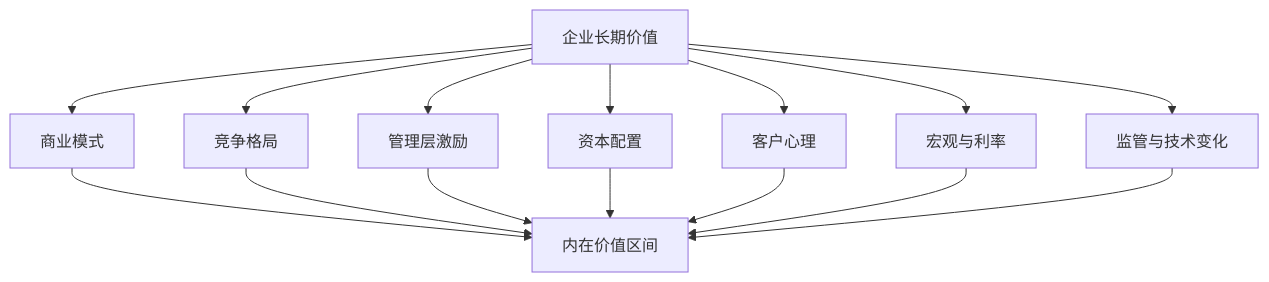
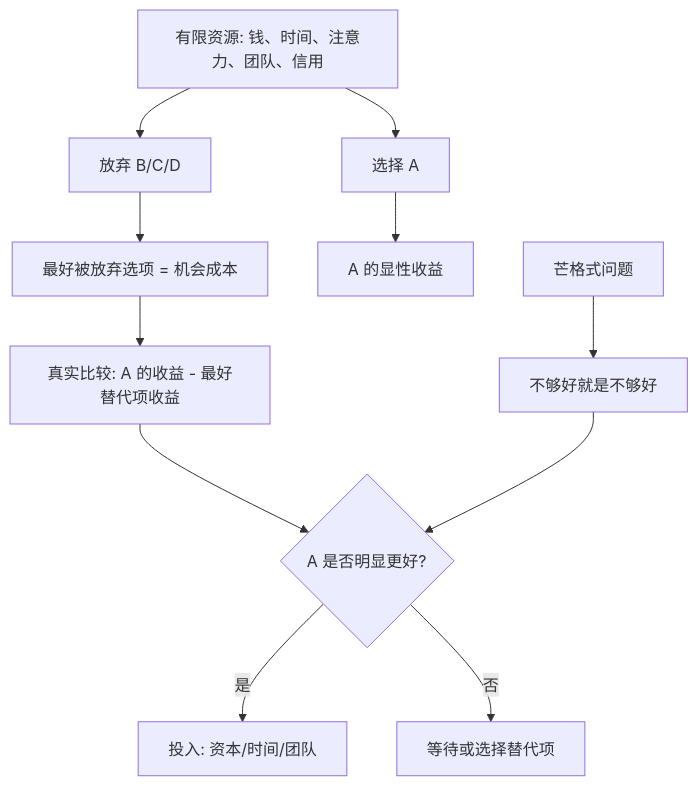
Before and after one commit to digoal/blog: the diagram in 202605/20260519_23.md, drawn with Mermaid. The commit also changed other lines of this file and 51 other files, not shown here.

````diff
--- a/202605/20260519_23.md
+++ b/202605/20260519_23.md
@@ -22,17 +22,13 @@
 ```mermaid
 flowchart TD
-  A["企业长期价值"] --> B["商业模式"]
-  A --> C["竞争格局"]
-  A --> D["管理层激励"]
-  A --> E["资本配置"]
-  A --> F["客户心理"]
-  A --> G["宏观与利率"]
-  A --> H["监管与技术变化"]
-  B --> I["内在价值区间"]
-  C --> I
-  D --> I
-  E --> I
-  F --> I
-  G --> I
-  H --> I
+  A["有限资源: 钱、时间、注意力、团队、信用"] --> B["选择 A"]
+  A --> C["放弃 B/C/D"]
+  C --> D["最好被放弃选项 = 机会成本"]
+  B --> E["A 的显性收益"]
+  D --> F["真实比较: A 的收益 - 最好替代项收益"]
+  F --> G{"A 是否明显更好?"}
+  G -- "是" --> H["投入: 资本/时间/团队"]
+  G -- "否" --> I["等待或选择替代项"]
+  J["芒格式问题"] --> K["不够好就是不够好"]
+  K --> G
 ```
````
